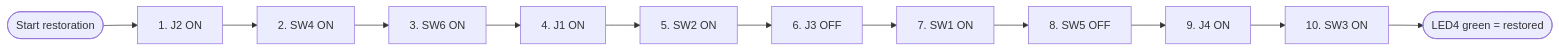
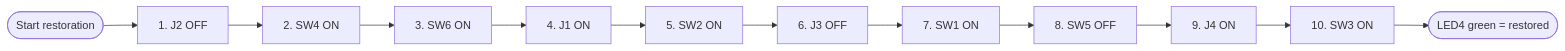
One commit to Andworx/Copilot-IoT-Game changed diagram 12 of 13 in hardware/raspberry-pi/RESTORE-MODES-MANUAL.md. Above: the diagram before and after it, drawn with Mermaid. The commit also changed other lines of this file and 40 other files, not shown here.

````diff
--- a/hardware/raspberry-pi/RESTORE-MODES-MANUAL.md
+++ b/hardware/raspberry-pi/RESTORE-MODES-MANUAL.md
@@ -579,26 +585,26 @@
 ```mermaid
 flowchart LR
   start([Start restoration])
-  s1["1. J2 ON"]
+  s1["1. J2 OFF"]
   start --> s1
   s2["2. SW4 ON"]
   s1 --> s2
   s3["3. SW6 ON"]
   s2 --> s3
   s4["4. J1 ON"]
   s3 --> s4
   s5["5. SW2 ON"]
   s4 --> s5
   s6["6. J3 OFF"]
   s5 --> s6
   s7["7. SW1 ON"]
   s6 --> s7
   s8["8. SW5 OFF"]
   s7 --> s8
   s9["9. J4 ON"]
   s8 --> s9
   s10["10. SW3 ON"]
   s9 --> s10
   done([LED4 green = restored])
   s10 --> done
 ```
````
